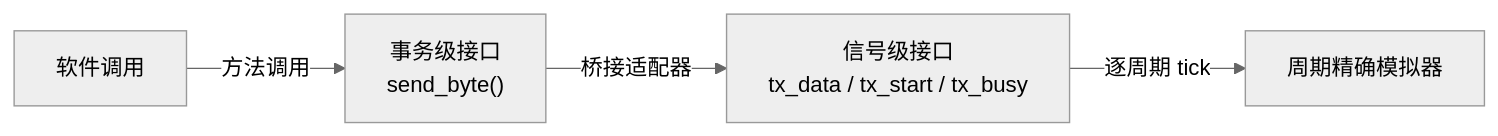
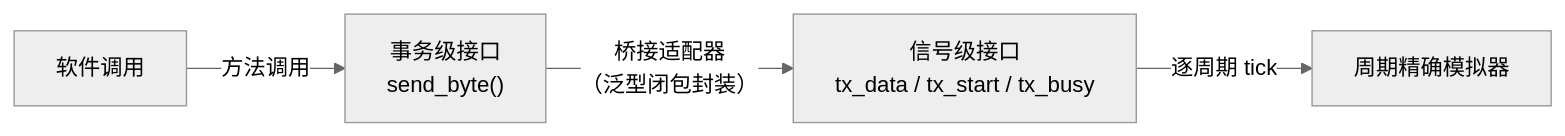
One commit to TangCan/bitloom changed the seventh of 12 diagrams in docs/requirements/18. 多视图建模与模拟器生成（核心优化）.md. Above: the diagram before and after it, drawn with Mermaid (neutral theme). The commit also changed other lines of this file and 17 other files, not shown here.

````diff
--- a/docs/requirements/18. 多视图建模与模拟器生成（核心优化）.md
+++ b/docs/requirements/18. 多视图建模与模拟器生成（核心优化）.md
@@ -253,7 +236,6 @@
 ```mermaid
 flowchart LR
     SW[软件调用] -->|方法调用| TLM["事务级接口<br>send_byte()"]
-    TLM -->|桥接适配器| RTL[信号级接口<br>tx_data / tx_start / tx_busy]
+    TLM -->|桥接适配器<br>（泛型闭包封装）| RTL[信号级接口<br>tx_data / tx_start / tx_busy]
     RTL -->|逐周期 tick| HW[周期精确模拟器]
-
 ```
````
